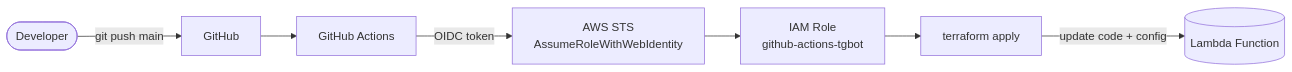
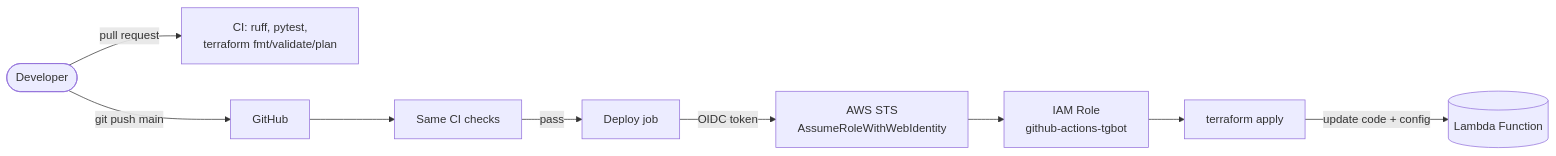
Before and after one commit to daniel-syachin/tldr_sum_bot: the second of 2 diagrams in README.md, drawn with Mermaid. The commit also changed other lines of this file and 15 other files, not shown here.

````diff
--- a/README.md
+++ b/README.md
@@ -48,9 +48,11 @@
 ```mermaid
 flowchart LR
-    Dev([Developer]) -->|git push main| GH[GitHub]
-    GH --> GA[GitHub Actions]
+    Dev([Developer]) -->|pull request| CI[CI: ruff, pytest,<br/>terraform fmt/validate/plan]
+    Dev -->|git push main| GH[GitHub]
+    GH --> Checks[Same CI checks]
+    Checks -->|pass| GA[Deploy job]
     GA -->|OIDC token| STS[AWS STS<br/>AssumeRoleWithWebIdentity]
     STS --> Role[IAM Role<br/>github-actions-tgbot]
     Role --> TF[terraform apply]
     TF -->|update code + config| Lambda[(Lambda Function)]
 ```
````
